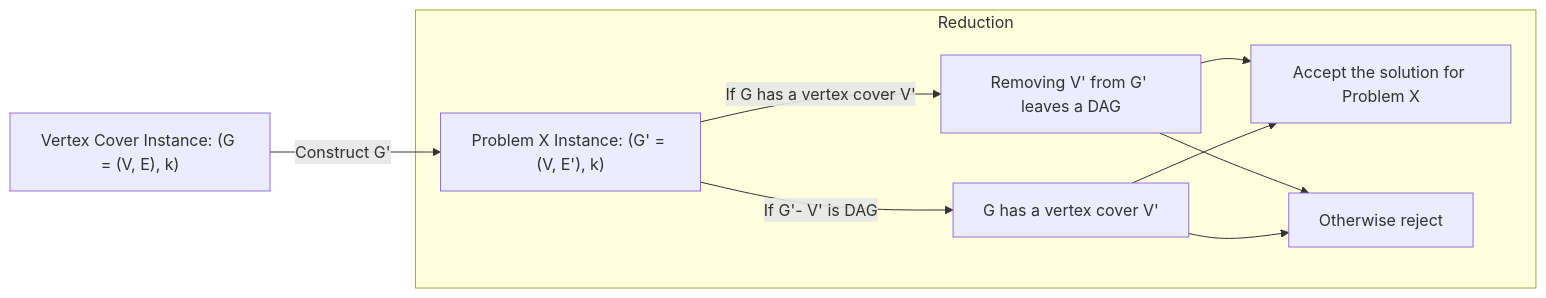
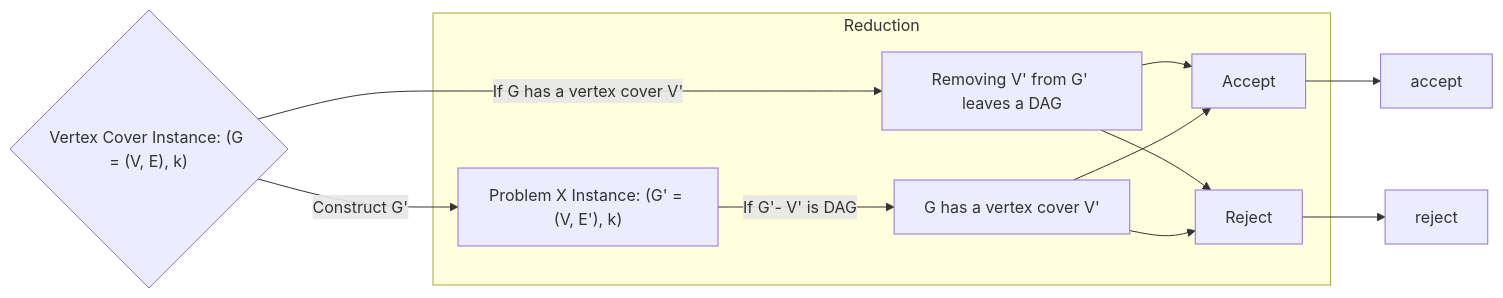
The diagram in Assignment_9/ECE374_Assignment_9_P2.md (Everloom-129/ECE-CS374_Assignment_Hub), drawn with Mermaid before and after one commit. The commit also changed other lines of this file, not shown here.

````diff
--- a/Assignment_9/ECE374_Assignment_9_P2.md
+++ b/Assignment_9/ECE374_Assignment_9_P2.md
@@ -47,15 +47,19 @@
 ```mermaid
 graph LR;
 
-A["Vertex Cover Instance: (G = (V, E), k)"] --> |Construct G'| B["Problem X Instance: (G' = (V, E'), k)"]
-B --> |If G has a vertex cover V'| C[Removing V' from G' leaves a DAG]
+A{"Vertex Cover Instance: (G = (V, E), k)"} --> |Construct G'| B["Problem X Instance: (G' = (V, E'), k)"]
+A --> |If G has a vertex cover V'| C[Removing V' from G' leaves a DAG]
 subgraph Reduction
 B --> |If G'- V' is DAG| D[G has a vertex cover V']
 
-C --> E[Accept the solution for Problem X]
-C --> Reject["Otherwise reject"]
-D --> E[Accept the solution for Problem X]
+C --> E[Accept]
+C --> Reject["Reject"]
+D --> E
 
 D --> Reject
 end
+R1[reject]
+A1[accept]
+Reject -->R1
+E --> A1
 ```
````
